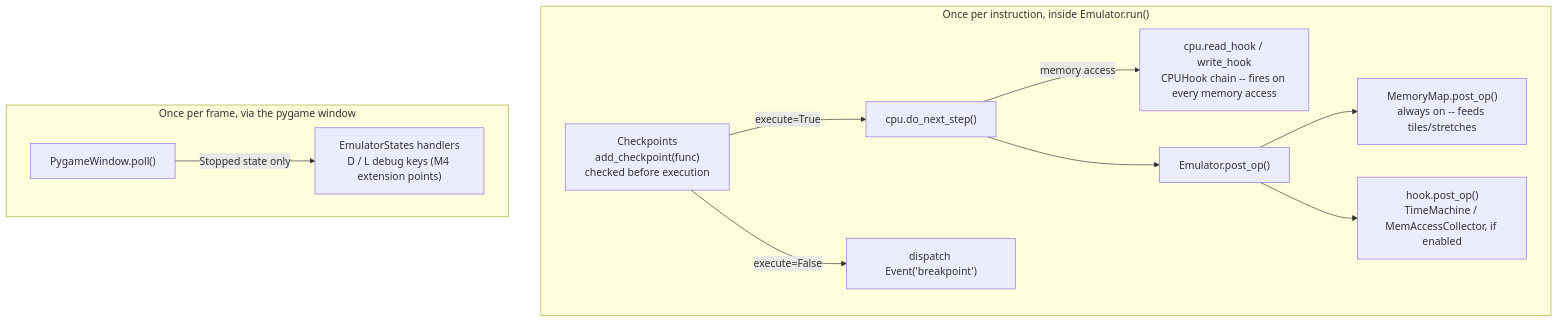
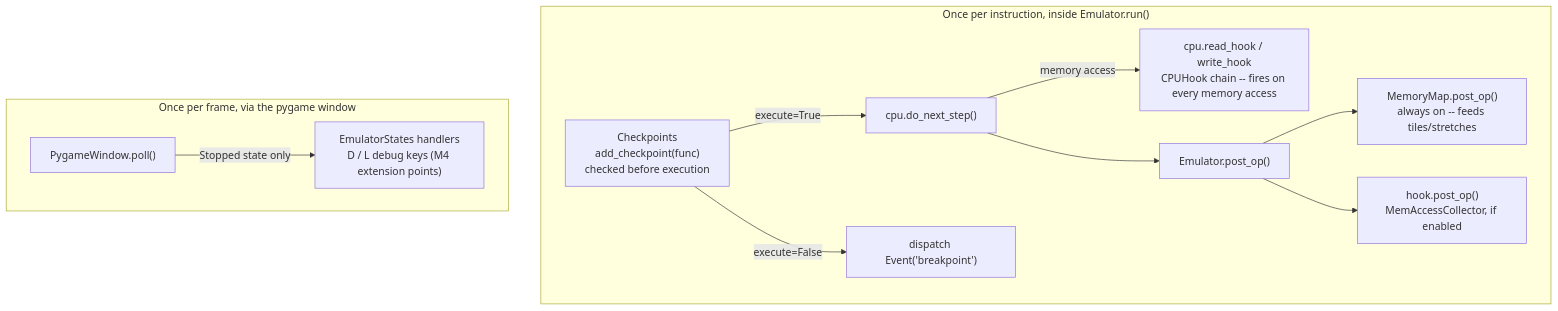
Before and after one commit to fschuhi/papple2: the third of 5 diagrams in README.md, drawn with Mermaid. The commit also changed other lines of this file and 3 other files, not shown here.

Commit message:
Docs: the time machine is gone

````diff
--- a/README.md
+++ b/README.md
@@ -94,24 +94,24 @@
 ```mermaid
 graph TD
     subgraph INSTR["Once per instruction, inside Emulator.run()"]
         CP["Checkpoints<br/>add_checkpoint(func)<br/>checked before execution"]
         EXEC["cpu.do_next_step()"]
         RW["cpu.read_hook / write_hook<br/>CPUHook chain -- fires on every memory access"]
         POST["Emulator.post_op()"]
         MAP["MemoryMap.post_op()<br/>always on -- feeds tiles/stretches"]
-        HPOST["hook.post_op()<br/>TimeMachine / MemAccessCollector, if enabled"]
+        HPOST["hook.post_op()<br/>MemAccessCollector, if enabled"]
 
         CP -- "execute=True" --> EXEC
         CP -- "execute=False" --> BRK["dispatch Event('breakpoint')"]
         EXEC -- "memory access" --> RW
         EXEC --> POST
         POST --> MAP
         POST --> HPOST
     end
 
     subgraph FRAME["Once per frame, via the pygame window"]
         POLL["PygameWindow.poll()"]
         KEYS["EmulatorStates handlers<br/>D / L debug keys (M4 extension points)"]
         POLL -- "Stopped state only" --> KEYS
     end
 ```
````
